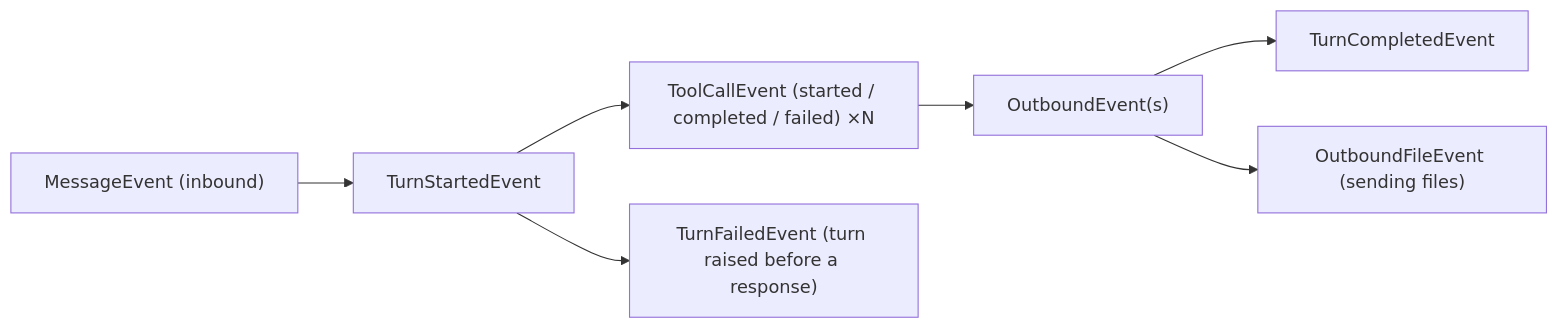
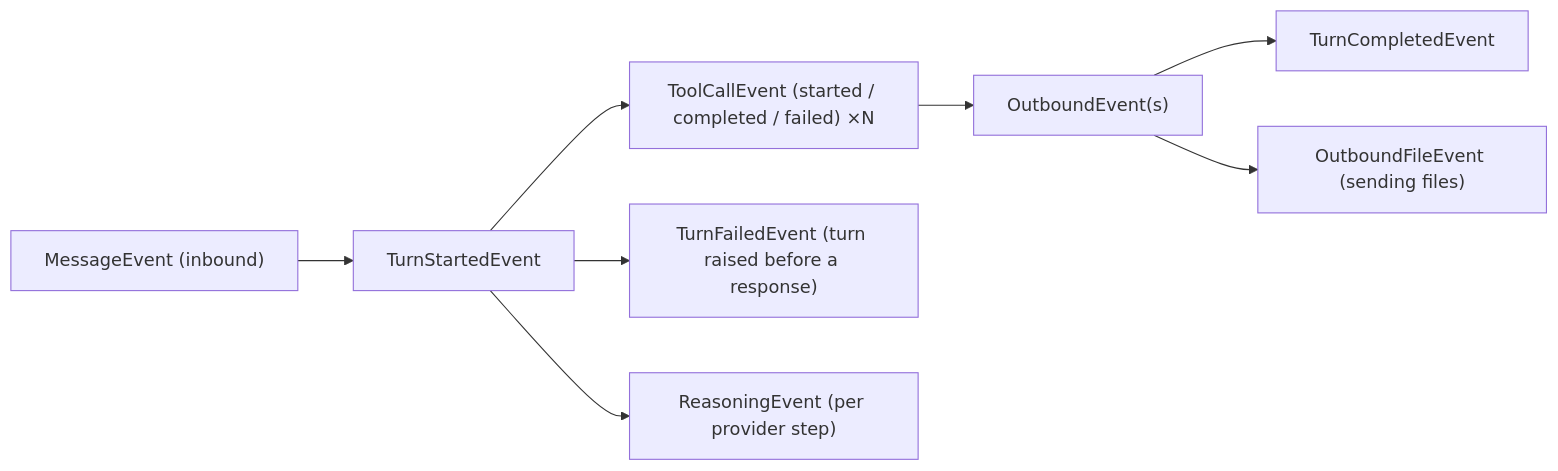
The diagram in docs/events.rst (sonic182/minibot), drawn with Mermaid before and after one commit. The commit also changed other lines of this file and 22 other files, not shown here.

```diff
--- a/docs/events.rst
+++ b/docs/events.rst
@@ -23,9 +27,10 @@
 .. mermaid::
 
    flowchart LR
        A["MessageEvent (inbound)"] --> B["TurnStartedEvent"]
        B --> C["ToolCallEvent (started / completed / failed) ×N"]
        C --> D["OutboundEvent(s)"]
        D --> E["TurnCompletedEvent"]
        B --> F["TurnFailedEvent (turn raised before a response)"]
+       B --> H["ReasoningEvent (per provider step)"]
        D --> G["OutboundFileEvent (sending files)"]
```
